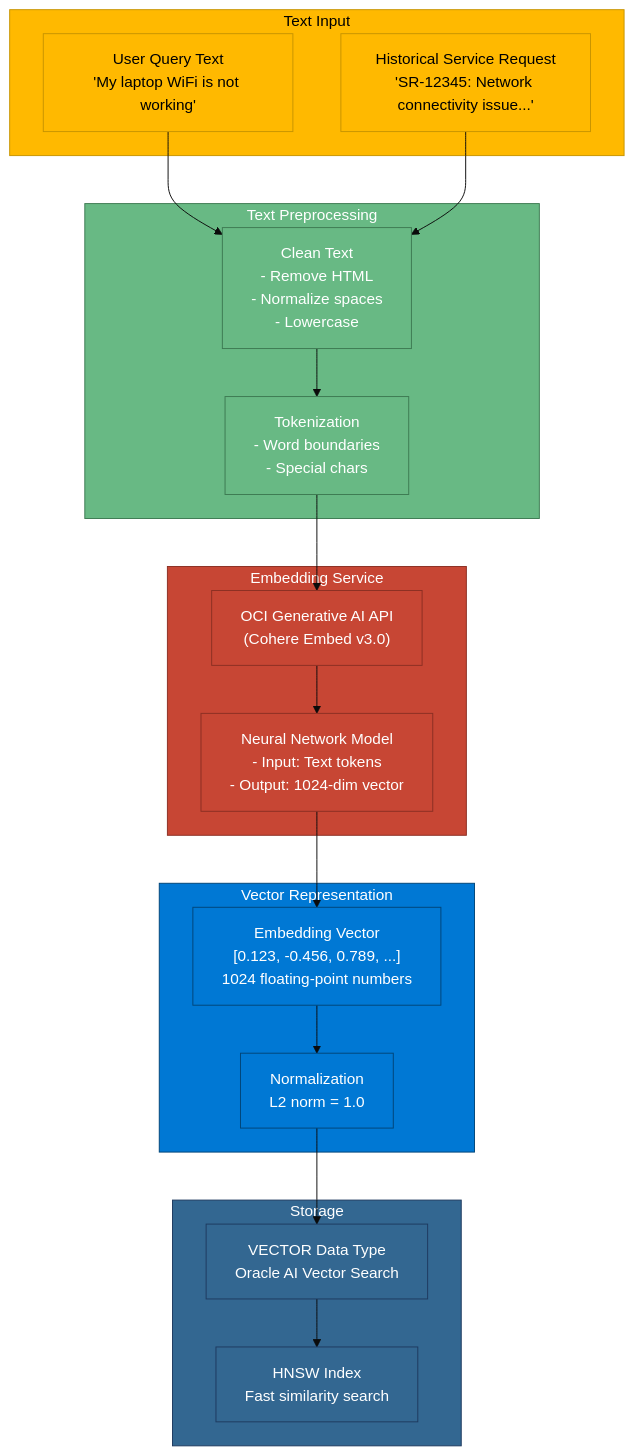
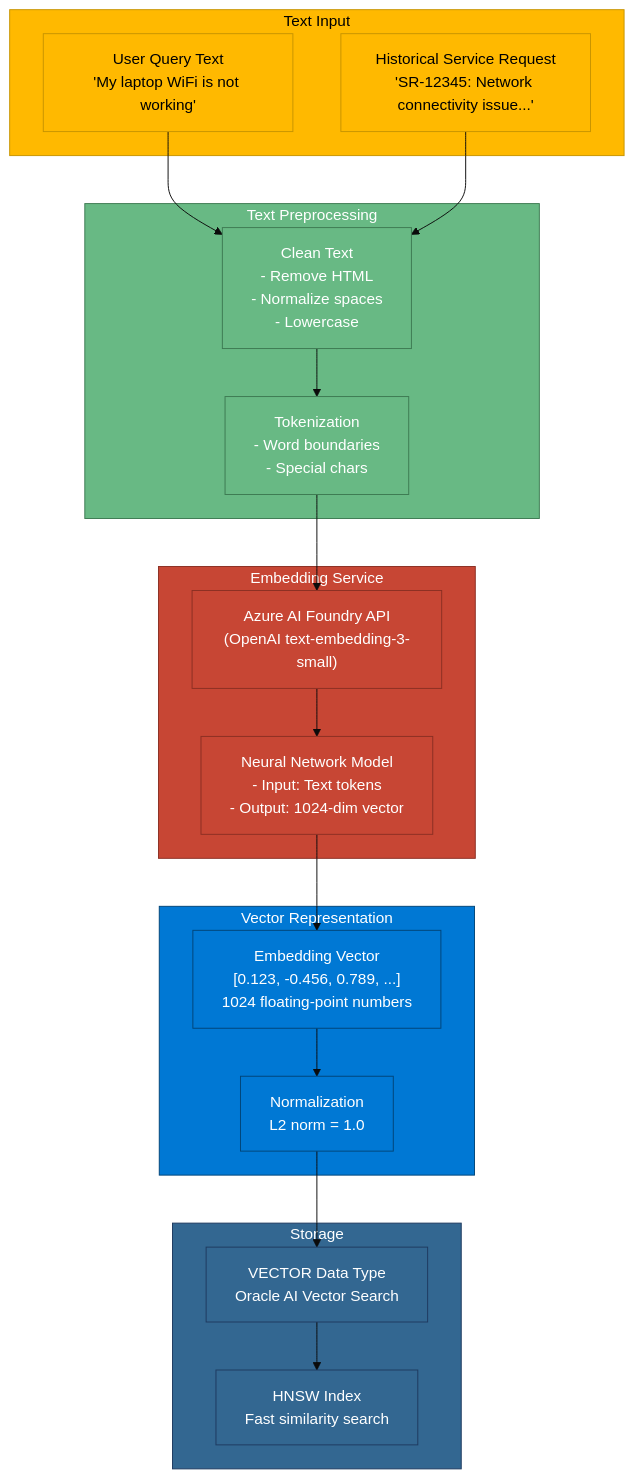
One commit to psreek-ai/SiebelCRMSemanticSearch changed diagram 13 of 17 in docs/ARCHITECTURE_DIAGRAMS.md. Above: the diagram before and after it, drawn with Mermaid (base theme). The commit also changed other lines of this file and 13 other files, not shown here.

````diff
--- a/docs/ARCHITECTURE_DIAGRAMS.md
+++ b/docs/ARCHITECTURE_DIAGRAMS.md
@@ -808,50 +825,50 @@
 ```mermaid
 graph TB
     subgraph Input["Text Input"]
         Query["User Query Text<br/>'My laptop WiFi is not working'"]
         Historical["Historical Service Request<br/>'SR-12345: Network connectivity issue...'"]
     end
     
     subgraph Preprocessing["Text Preprocessing"]
         Clean["Clean Text<br/>- Remove HTML<br/>- Normalize spaces<br/>- Lowercase"]
         Token["Tokenization<br/>- Word boundaries<br/>- Special chars"]
     end
     
     subgraph Embedding["Embedding Service"]
-        API["OCI Generative AI API<br/>(Cohere Embed v3.0)"]
+        API["Azure AI Foundry API<br/>(OpenAI text-embedding-3-small)"]
         Model["Neural Network Model<br/>- Input: Text tokens<br/>- Output: 1024-dim vector"]
     end
     
     subgraph Vector["Vector Representation"]
         Embed["Embedding Vector<br/>[0.123, -0.456, 0.789, ...]<br/>1024 floating-point numbers"]
         Norm["Normalization<br/>L2 norm = 1.0"]
     end
     
     subgraph Storage["Storage"]
         Column["VECTOR Data Type<br/>Oracle AI Vector Search"]
         Index["HNSW Index<br/>Fast similarity search"]
     end
     
     Query --> Clean
     Historical --> Clean
     
     Clean --> Token
     Token --> API
     API --> Model
     Model --> Embed
     Embed --> Norm
     Norm --> Column
     Column --> Index
     
     classDef input fill:#FFB900,stroke:#C79400,color:#000
     classDef prep fill:#68B984,stroke:#3D7A52,color:#fff
     classDef ai fill:#C74634,stroke:#8B2F23,color:#fff
     classDef vector fill:#0078D4,stroke:#004578,color:#fff
     classDef storage fill:#336791,stroke:#1E3A5F,color:#fff
     
     class Input,Query,Historical input
     class Preprocessing,Clean,Token prep
     class Embedding,API,Model ai
     class Vector,Embed,Norm vector
     class Storage,Column,Index storage
 ```
````
